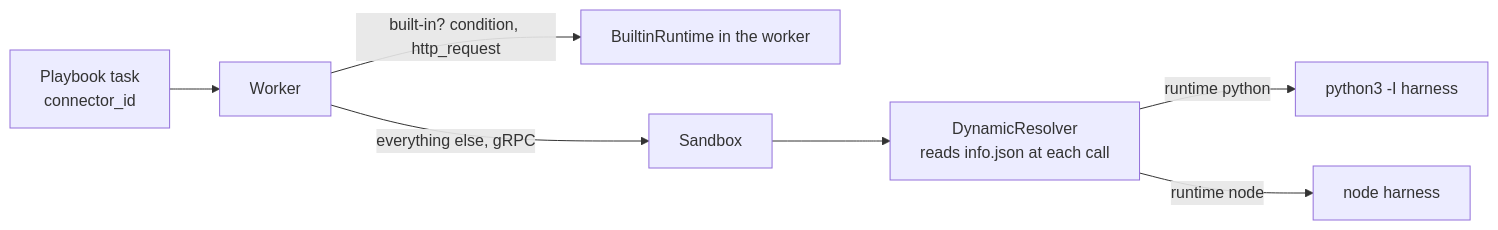
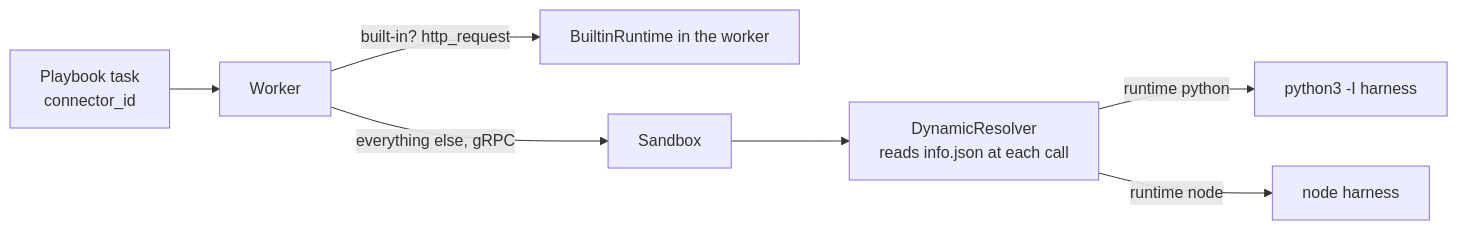
The second of 2 diagrams in docs/connector-upload.md (yuudev14/workflow), drawn with Mermaid before and after one commit. The commit also changed other lines of this file and 15 other files, not shown here.

````diff
--- a/docs/connector-upload.md
+++ b/docs/connector-upload.md
@@ -111,9 +111,9 @@
 ```mermaid
 flowchart LR
     T[Playbook task<br/>connector_id] --> W[Worker]
-    W -- "built-in? condition, http_request" --> B[BuiltinRuntime in the worker]
+    W -- "built-in? http_request" --> B[BuiltinRuntime in the worker]
     W -- "everything else, gRPC" --> SB[Sandbox]
     SB --> R[DynamicResolver<br/>reads info.json at each call]
     R -- "runtime python" --> P[python3 -I harness]
     R -- "runtime node" --> N[node harness]
 ```
````
